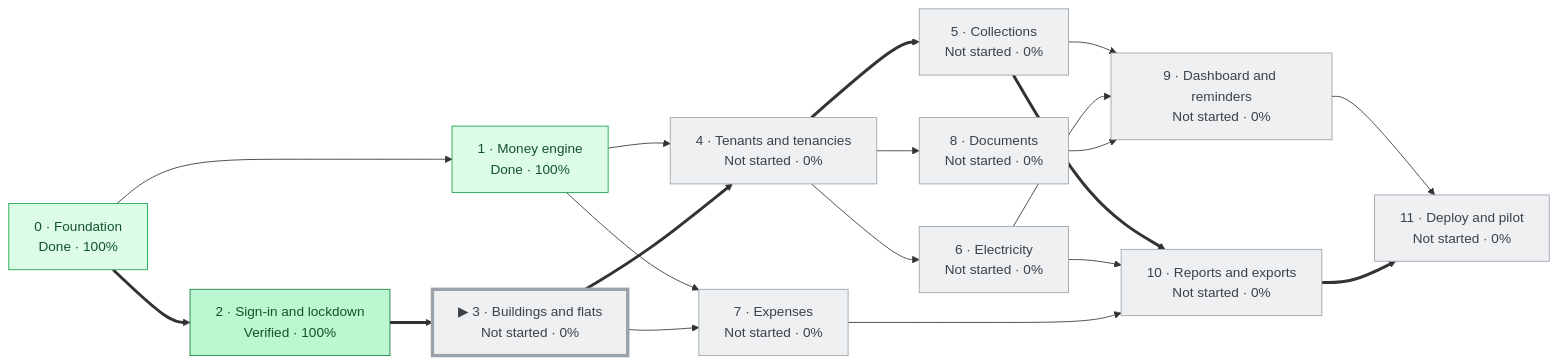
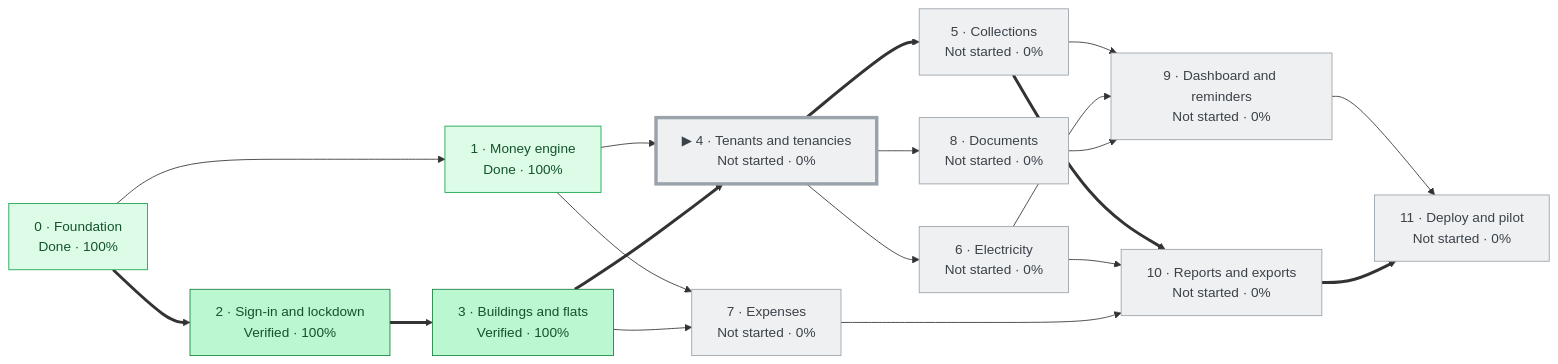
Before and after one commit to aakashworkspace13-it/Property_Management: the diagram in docs/tracker/TRACKER.md, drawn with Mermaid. The commit also changed other lines of this file and 16 other files, not shown here.

````diff
--- a/docs/tracker/TRACKER.md
+++ b/docs/tracker/TRACKER.md
@@ -28,53 +28,53 @@
 ```mermaid
 flowchart LR
   P0["0 · Foundation<br/>Done · 100%"]
   P1["1 · Money engine<br/>Done · 100%"]
   P2["2 · Sign-in and lockdown<br/>Verified · 100%"]
-  P3["▶ 3 · Buildings and flats<br/>Not started · 0%"]
-  P4["4 · Tenants and tenancies<br/>Not started · 0%"]
+  P3["3 · Buildings and flats<br/>Verified · 100%"]
+  P4["▶ 4 · Tenants and tenancies<br/>Not started · 0%"]
   P5["5 · Collections<br/>Not started · 0%"]
   P6["6 · Electricity<br/>Not started · 0%"]
   P7["7 · Expenses<br/>Not started · 0%"]
   P8["8 · Documents<br/>Not started · 0%"]
   P9["9 · Dashboard and reminders<br/>Not started · 0%"]
   P10["10 · Reports and exports<br/>Not started · 0%"]
   P11["11 · Deploy and pilot<br/>Not started · 0%"]
   P0 --> P1
   P0 ==> P2
   P2 ==> P3
   P1 --> P4
   P3 ==> P4
   P4 ==> P5
   P4 --> P6
   P1 --> P7
   P3 --> P7
   P4 --> P8
   P5 --> P9
   P6 --> P9
   P8 --> P9
   P5 ==> P10
   P6 --> P10
   P7 --> P10
   P9 --> P11
   P10 ==> P11
   classDef notstarted fill:#eef0f2,stroke:#9aa3ab,color:#3b4248
   classDef inprogress fill:#dbeafe,stroke:#2563eb,color:#1e3a8a
   classDef blocked fill:#fee2e2,stroke:#dc2626,color:#7f1d1d
   classDef done fill:#dcfce7,stroke:#16a34a,color:#14532d
   classDef verified fill:#bbf7d0,stroke:#15803d,color:#14532d
   classDef current stroke-width:4px
   classDef recheck stroke:#d97706,stroke-dasharray:5 3
   class P0 done
   class P1 done
   class P2 verified
-  class P3 notstarted
+  class P3 verified
   class P4 notstarted
   class P5 notstarted
   class P6 notstarted
   class P7 notstarted
   class P8 notstarted
   class P9 notstarted
   class P10 notstarted
   class P11 notstarted
-  class P3 current
+  class P4 current
 ```
````
